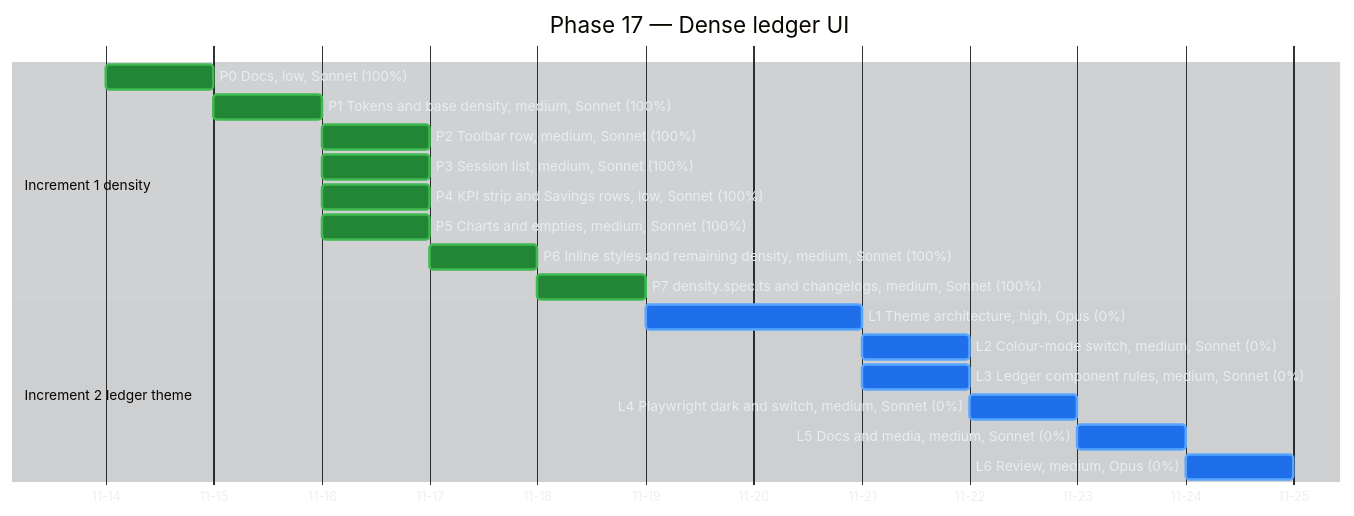
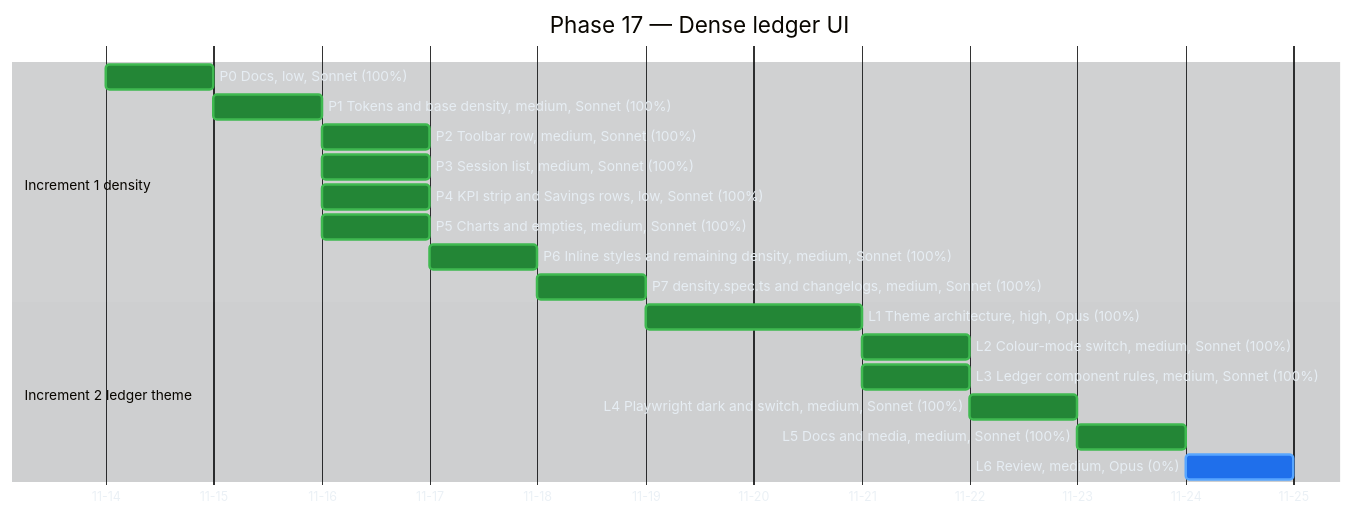
The fourth of 5 diagrams in docs/implementation-plan-gantt.md (raulkivi/agent-cost-analyzer), drawn with Mermaid before and after one commit. The commit also changed other lines of this file and 23 other files, not shown here.

Commit message:
docs(17): L5 architecture, vision, User Guide colour theme, changelogs; regenerate standalone screenshots

````diff
--- a/docs/implementation-plan-gantt.md
+++ b/docs/implementation-plan-gantt.md
@@ -249,52 +249,52 @@
 ```mermaid
 %%{init: {
   "theme": "base",
   "themeVariables": {
     "darkMode": true,
     "background": "#0d1117",
     "textColor": "#e6edf3",
     "primaryTextColor": "#e6edf3",
     "lineColor": "#8b949e",
     "sectionBkgColor": "#161b22",
     "sectionBkgColor2": "#1c2129",
     "altSectionBkgColor": "#0d1117",
     "gridColor": "#30363d",
     "excludeBkgColor": "#161b22",
     "todayLineColor": "#f85149",
     "taskBkgColor": "#1f6feb",
     "taskBorderColor": "#58a6ff",
     "taskTextColor": "#ffffff",
     "taskTextLightColor": "#ffffff",
     "taskTextDarkColor": "#ffffff",
     "taskTextOutsideColor": "#e6edf3",
     "doneTaskBkgColor": "#238636",
     "doneTaskBorderColor": "#3fb950",
     "activeTaskBkgColor": "#9e6a03",
     "activeTaskBorderColor": "#d29922",
     "critBkgColor": "#da3633",
     "critBorderColor": "#f85149"
   }
 }}%%
 gantt
     title Phase 17 — Dense ledger UI
     dateFormat YYYY-MM-DD
     axisFormat %m-%d
 
     section Increment 1 density
     P0 Docs, low, Sonnet (100%)                      :done, pp0, 2026-11-14, 1d
     P1 Tokens and base density, medium, Sonnet (100%)  :done, pp1, after pp0, 1d
     P2 Toolbar row, medium, Sonnet (100%)              :done, pp2, after pp1, 1d
     P3 Session list, medium, Sonnet (100%)             :done, pp3, after pp1, 1d
     P4 KPI strip and Savings rows, low, Sonnet (100%)  :done, pp4, after pp1, 1d
     P5 Charts and empties, medium, Sonnet (100%)       :done, pp5, after pp1, 1d
     P6 Inline styles and remaining density, medium, Sonnet (100%)     :done, pp6, after pp2, 1d
     P7 density.spec.ts and changelogs, medium, Sonnet (100%) :done, pp7, after pp6, 1d
 
     section Increment 2 ledger theme
-    L1 Theme architecture, high, Opus (0%)           :l1, after pp7, 2d
-    L2 Colour-mode switch, medium, Sonnet (0%)       :l2, after l1, 1d
-    L3 Ledger component rules, medium, Sonnet (0%)   :l3, after l1, 1d
-    L4 Playwright dark and switch, medium, Sonnet (0%) :l4, after l2, 1d
-    L5 Docs and media, medium, Sonnet (0%)           :l5, after l4, 1d
+    L1 Theme architecture, high, Opus (100%)           :done, l1, after pp7, 2d
+    L2 Colour-mode switch, medium, Sonnet (100%)       :done, l2, after l1, 1d
+    L3 Ledger component rules, medium, Sonnet (100%)   :done, l3, after l1, 1d
+    L4 Playwright dark and switch, medium, Sonnet (100%) :done, l4, after l2, 1d
+    L5 Docs and media, medium, Sonnet (100%)           :done, l5, after l4, 1d
     L6 Review, medium, Opus (0%)                     :l6, after l5, 1d
 ```
````
